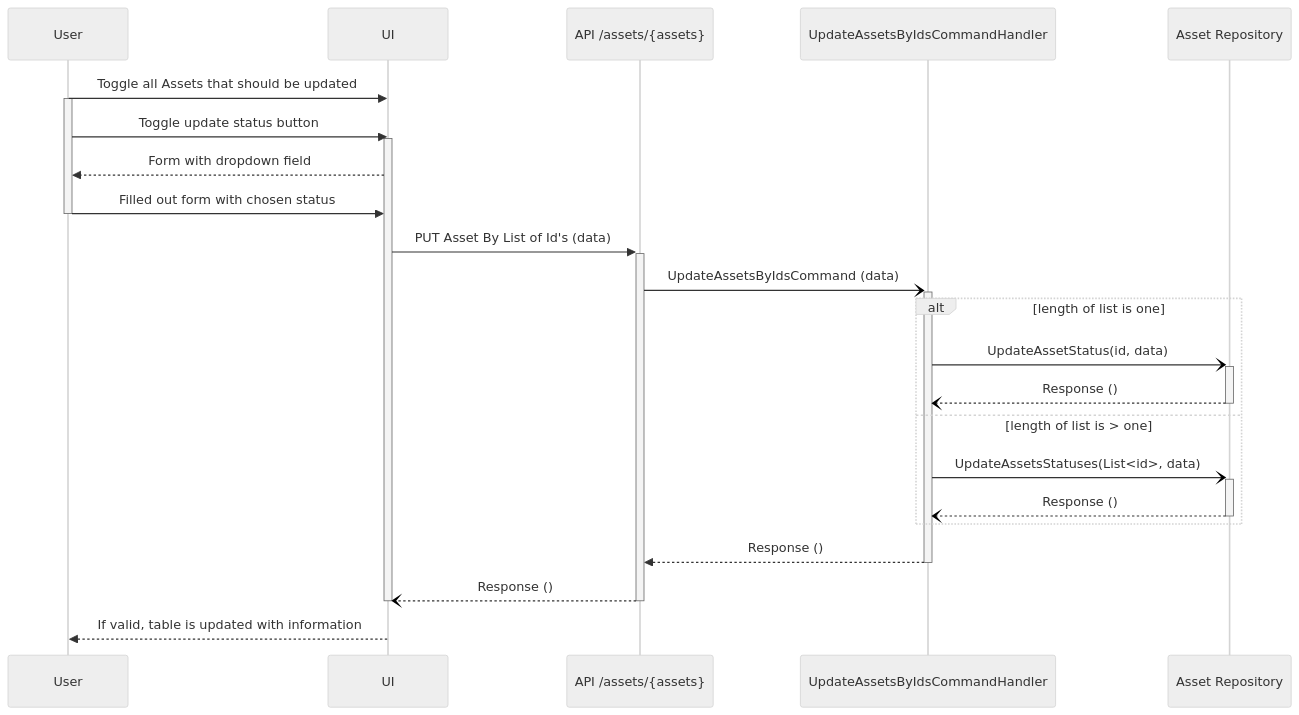
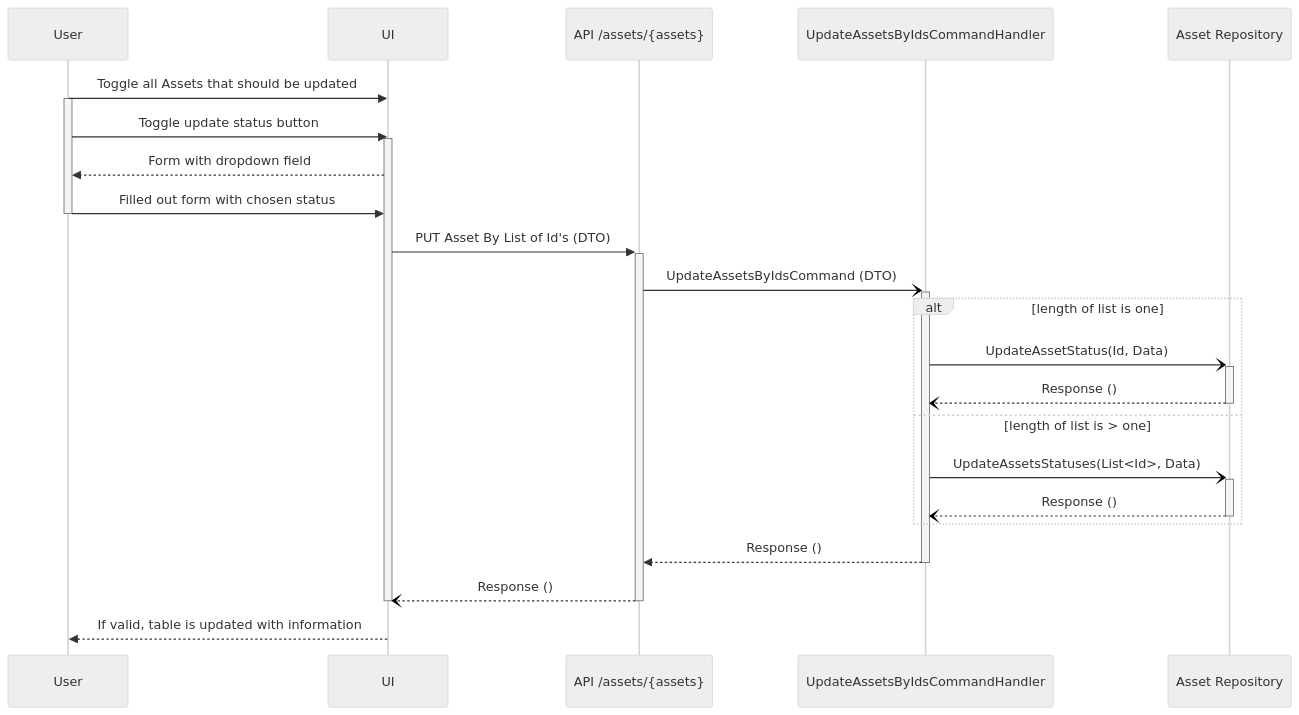
One commit to livun/bouvet-asset-hub changed the second of 3 diagrams in docs/sequence-diagrams/update-asset.md. Above: the diagram before and after it, drawn with Mermaid (neutral theme). The commit also changed other lines of this file and 9 other files, not shown here.

Commit message:
Finished with sequence diagrams

````diff
--- a/docs/sequence-diagrams/update-asset.md
+++ b/docs/sequence-diagrams/update-asset.md
@@ -22,25 +26,25 @@
 ```mermaid
 sequenceDiagram
     User ->> UI : Toggle all Assets that should be updated
     Activate User
         User ->> UI : Toggle update status button
         Activate UI
             UI -->> User : Form with dropdown field
             User ->> UI : Filled out form with chosen status
     Deactivate User
-                UI ->>+ API /assets/{assets}: PUT Asset By List of Id's (data)
-                    API /assets/{assets} -)+ UpdateAssetsByIdsCommandHandler : UpdateAssetsByIdsCommand (data)
+                UI ->>+ API /assets/{assets}: PUT Asset By List of Id's (DTO)
+                    API /assets/{assets} -)+ UpdateAssetsByIdsCommandHandler : UpdateAssetsByIdsCommand (DTO)
                     
                     alt length of list is one
-                        UpdateAssetsByIdsCommandHandler -)+ Asset Repository : UpdateAssetStatus(id, data) 
+                        UpdateAssetsByIdsCommandHandler -)+ Asset Repository : UpdateAssetStatus(Id, Data) 
                         Asset Repository  --)- UpdateAssetsByIdsCommandHandler : Response () 
                     else length of list is > one
-                        UpdateAssetsByIdsCommandHandler -)+ Asset Repository : UpdateAssetsStatuses(List<id>, data) 
+                        UpdateAssetsByIdsCommandHandler -)+ Asset Repository : UpdateAssetsStatuses(List<Id>, Data) 
                         Asset Repository  --)- UpdateAssetsByIdsCommandHandler : Response () 
                     end
                     
                     UpdateAssetsByIdsCommandHandler -->>- API /assets/{assets} : Response ()
                 API /assets/{assets} --)- UI  : Response ()
         Deactivate UI
             UI -->> User : If valid, table is updated with information
 ```
````
